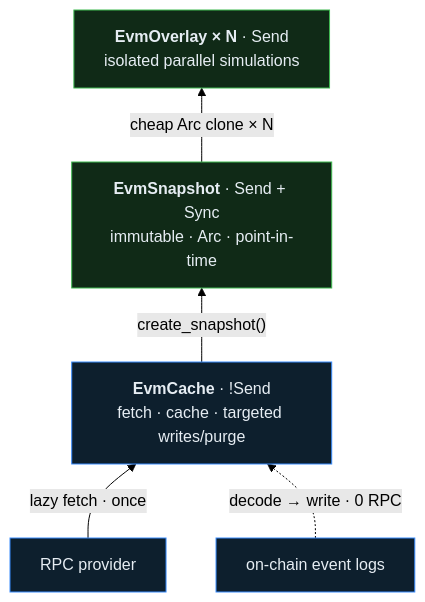
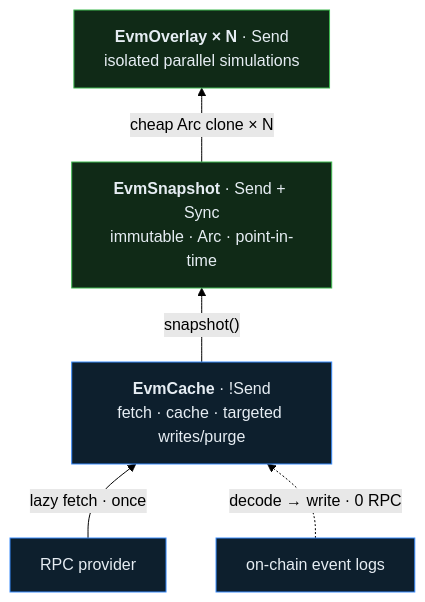
The first of 2 diagrams in README.md (KaiCode2/evm-fork-cache), drawn with Mermaid (forest theme) before and after one commit. The commit also changed other lines of this file and 85 other files, not shown here.

````diff
--- a/README.md
+++ b/README.md
@@ -192,12 +238,12 @@
 ```mermaid
 flowchart BT
     RPC["RPC provider"] -->|"lazy fetch · once"| CACHE
     LOGS["on-chain event logs"] -.->|"decode → write · 0 RPC"| CACHE
-    CACHE["<b>EvmCache</b> · !Send<br/>fetch · cache · targeted writes/purge"] -->|"create_snapshot()"| SNAP
+    CACHE["<b>EvmCache</b> · !Send<br/>fetch · cache · targeted writes/purge"] -->|"snapshot()"| SNAP
     SNAP["<b>EvmSnapshot</b> · Send + Sync<br/>immutable · Arc · point-in-time"] -->|"cheap Arc clone × N"| OV
     OV["<b>EvmOverlay × N</b> · Send<br/>isolated parallel simulations"]
     classDef hot fill:#102a17,stroke:#3fb950,color:#e6edf3;
     classDef cool fill:#0d1f2d,stroke:#388bfd,color:#e6edf3;
     class SNAP,OV hot;
     class RPC,CACHE,LOGS cool;
 ```
````
